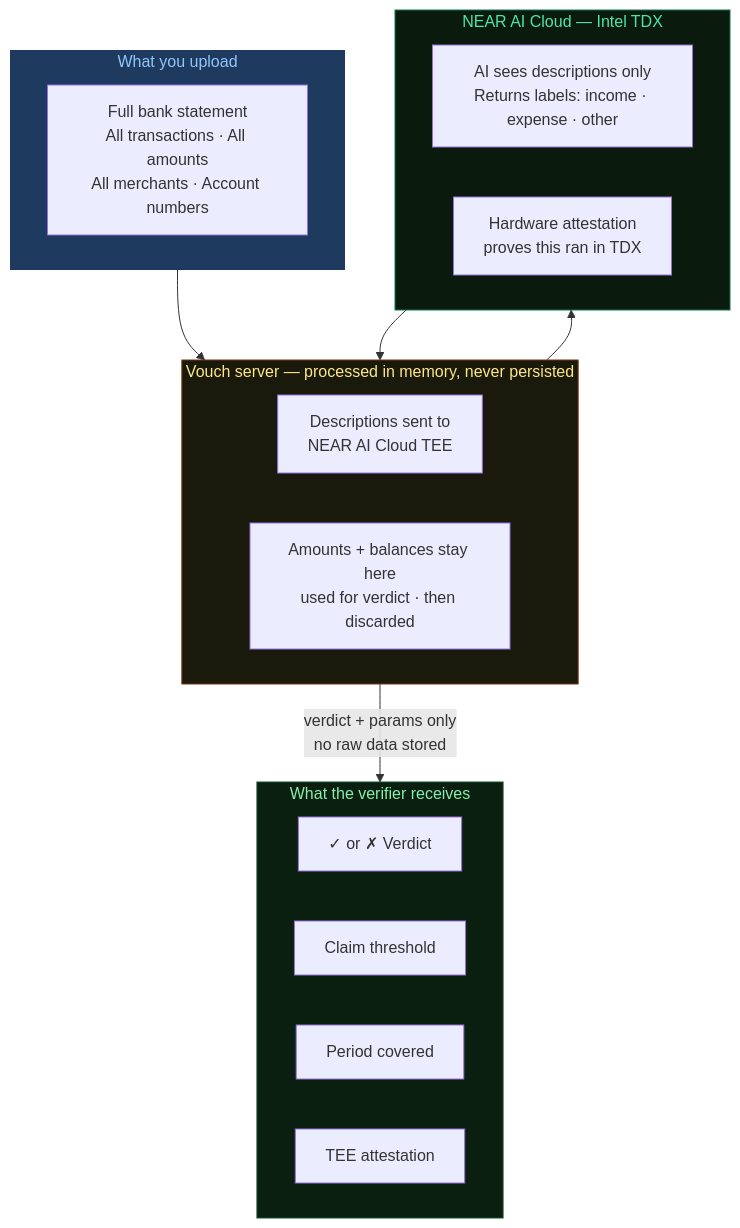
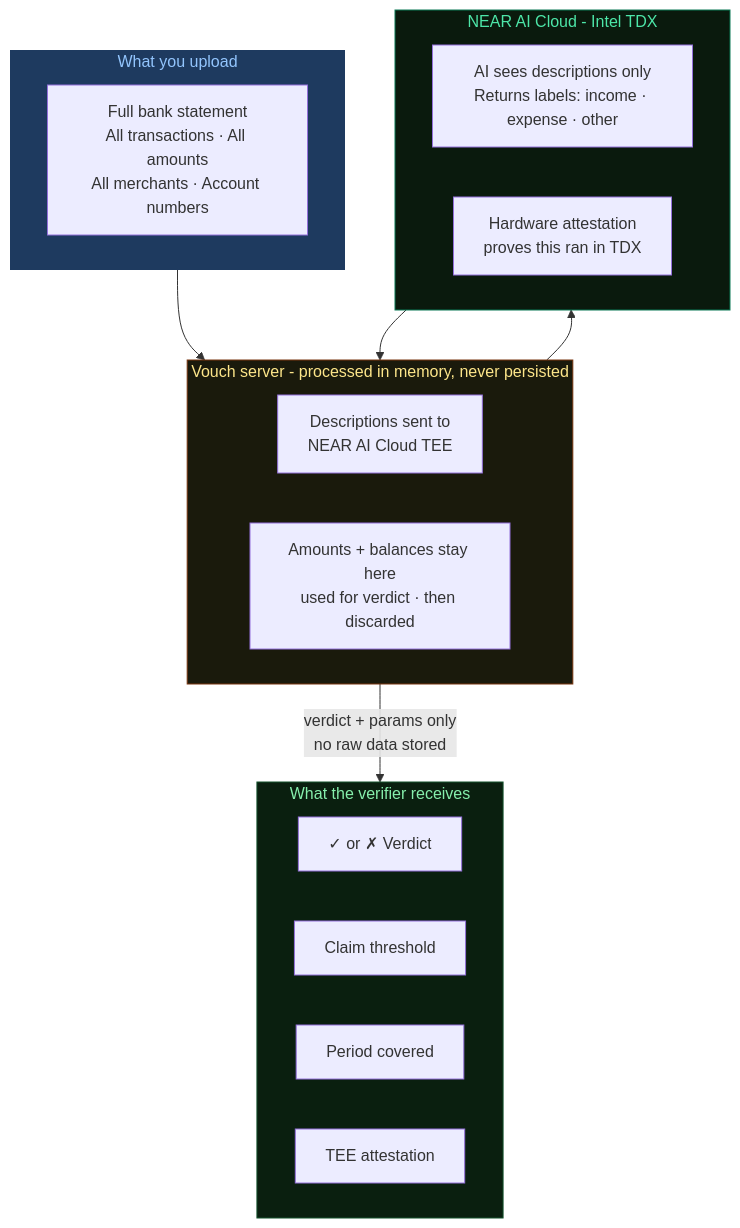
Before and after one commit to nisargpatel7042lva/vouch: the second of 2 diagrams in README.md, drawn with Mermaid. The commit also changed other lines of this file and 2 other files, not shown here.

````diff
--- a/README.md
+++ b/README.md
@@ -103,33 +103,33 @@
 ```mermaid
 flowchart TD
     subgraph INPUT ["What you upload"]
         I1[Full bank statement\nAll transactions · All amounts\nAll merchants · Account numbers]
     end
 
-    subgraph SERVER ["Vouch server — processed in memory, never persisted"]
+    subgraph SERVER ["Vouch server - processed in memory, never persisted"]
         S1[Descriptions sent to\nNEAR AI Cloud TEE]
         S2[Amounts + balances stay here\nused for verdict · then discarded]
     end
 
-    subgraph TEE ["NEAR AI Cloud — Intel TDX"]
+    subgraph TEE ["NEAR AI Cloud - Intel TDX"]
         T1[AI sees descriptions only\nReturns labels: income · expense · other]
         T2[Hardware attestation\nproves this ran in TDX]
     end
 
     subgraph OUTPUT ["What the verifier receives"]
         O1["✓ or ✗  Verdict"]
         O2[Claim threshold]
         O3[Period covered]
         O4[TEE attestation]
     end
 
     INPUT --> SERVER
     SERVER --> TEE
     TEE --> SERVER
     SERVER -->|"verdict + params only\nno raw data stored"| OUTPUT
 
     style INPUT fill:#1e3a5f,color:#93c5fd,stroke:none
     style SERVER fill:#1a1a0c,color:#fde68a,stroke:#78350f
     style TEE fill:#0a1a0d,color:#4de6a8,stroke:#0a7855
     style OUTPUT fill:#0a1f0f,color:#86efac,stroke:#14532d
 ```
````
